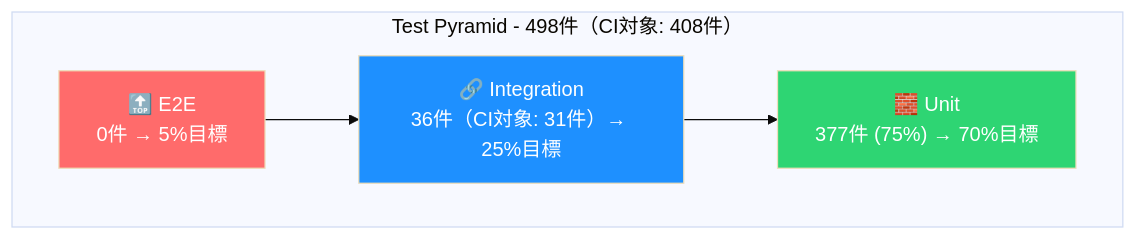
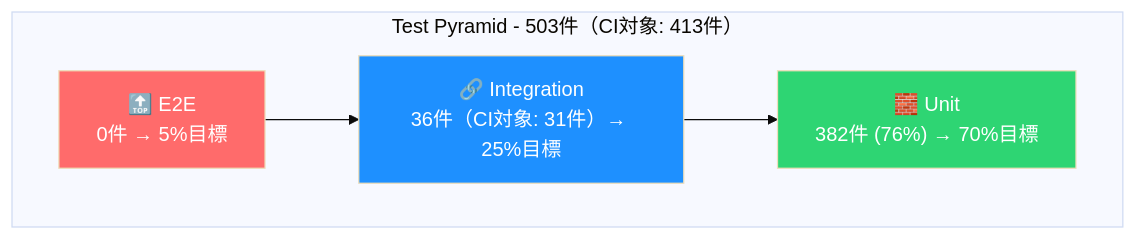
One commit to yaoki-dev/api-test-devops-portfolio changed the second of 3 diagrams in README.md. Above: the diagram before and after it, drawn with Mermaid (base theme). The commit also changed other lines of this file and 4 other files, not shown here.

````diff
--- a/README.md
+++ b/README.md
@@ -291,13 +292,13 @@
 ```mermaid
 graph TB
-    subgraph "Test Pyramid - 498件（CI対象: 408件）"
+    subgraph "Test Pyramid - 503件（CI対象: 413件）"
         E2E["🔝 E2E<br/>0件 → 5%目標"]
         Integration["🔗 Integration<br/>36件（CI対象: 31件）→ 25%目標"]
-        Unit["🧱 Unit<br/>377件 (75%) → 70%目標"]
+        Unit["🧱 Unit<br/>382件 (76%) → 70%目標"]
     end
     E2E --> Integration --> Unit
 
     style E2E fill:#ff6b6b,color:#fff
     style Integration fill:#1e90ff,color:#fff
     style Unit fill:#2ed573,color:#fff
 ```
````
